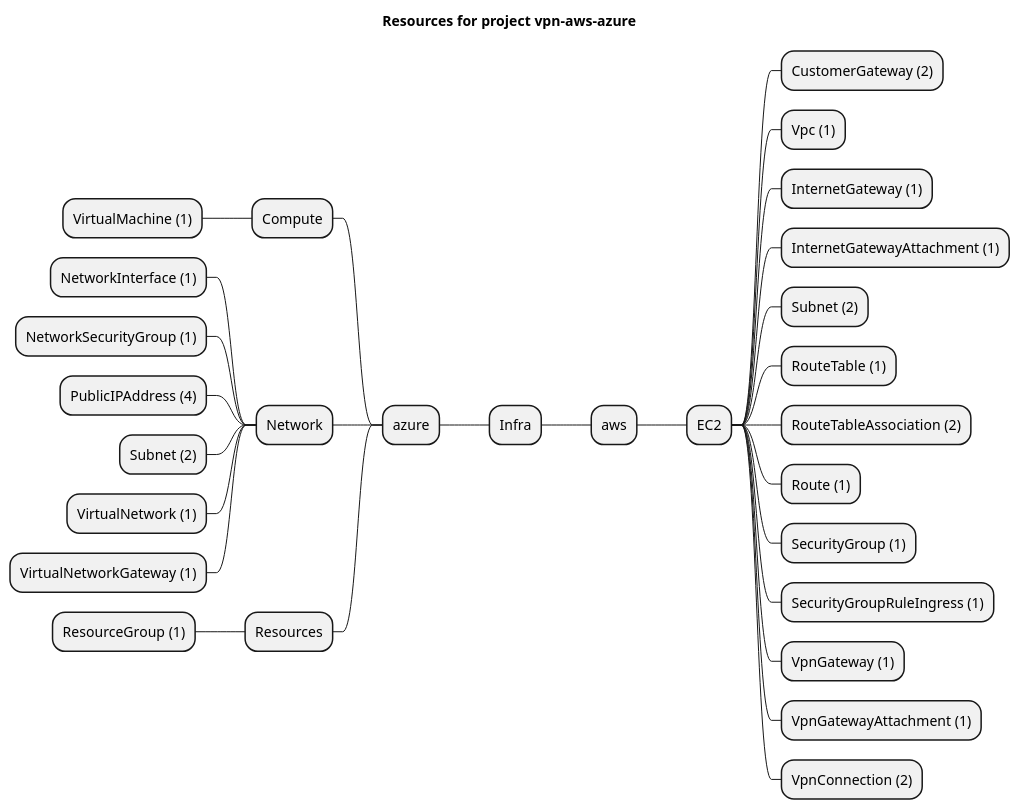
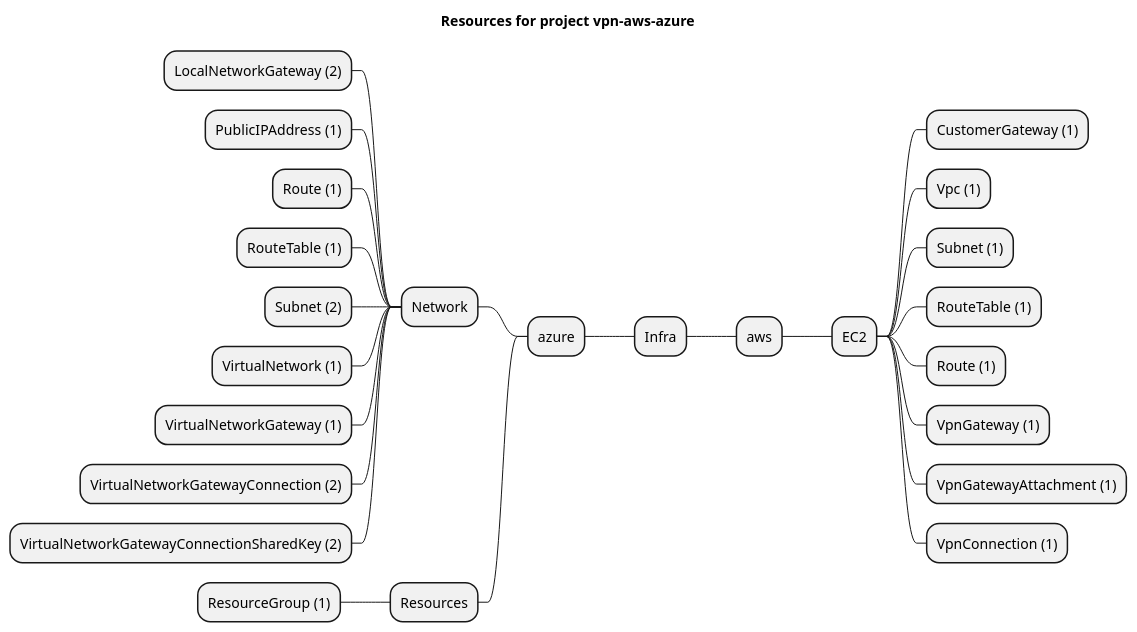
Before and after one commit to grucloud/grucloud: the diagram in examples/cross-cloud/vpn-aws-azure/artifacts/resources-mindmap.puml, drawn with PlantUML. The commit also changed 32 other files, not shown here.

```diff
--- a/examples/cross-cloud/vpn-aws-azure/artifacts/resources-mindmap.puml
+++ b/examples/cross-cloud/vpn-aws-azure/artifacts/resources-mindmap.puml
@@ -1,32 +1,28 @@
 @startmindmap
 title Resources for project vpn-aws-azure
 skinparam monochrome true
 + Infra
 ++ aws
 +++ EC2
-++++ CustomerGateway (2)
+++++ CustomerGateway (1)
 ++++ Vpc (1)
-++++ InternetGateway (1)
-++++ InternetGatewayAttachment (1)
-++++ Subnet (2)
+++++ Subnet (1)
 ++++ RouteTable (1)
-++++ RouteTableAssociation (2)
 ++++ Route (1)
-++++ SecurityGroup (1)
-++++ SecurityGroupRuleIngress (1)
 ++++ VpnGateway (1)
 ++++ VpnGatewayAttachment (1)
-++++ VpnConnection (2)
+++++ VpnConnection (1)
 -- azure
---- Compute
----- VirtualMachine (1)
 --- Network
----- NetworkInterface (1)
----- NetworkSecurityGroup (1)
----- PublicIPAddress (4)
+---- LocalNetworkGateway (2)
+---- PublicIPAddress (1)
+---- Route (1)
+---- RouteTable (1)
 ---- Subnet (2)
 ---- VirtualNetwork (1)
 ---- VirtualNetworkGateway (1)
+---- VirtualNetworkGatewayConnection (2)
+---- VirtualNetworkGatewayConnectionSharedKey (2)
 --- Resources
 ---- ResourceGroup (1)
 @endmindmap
```
